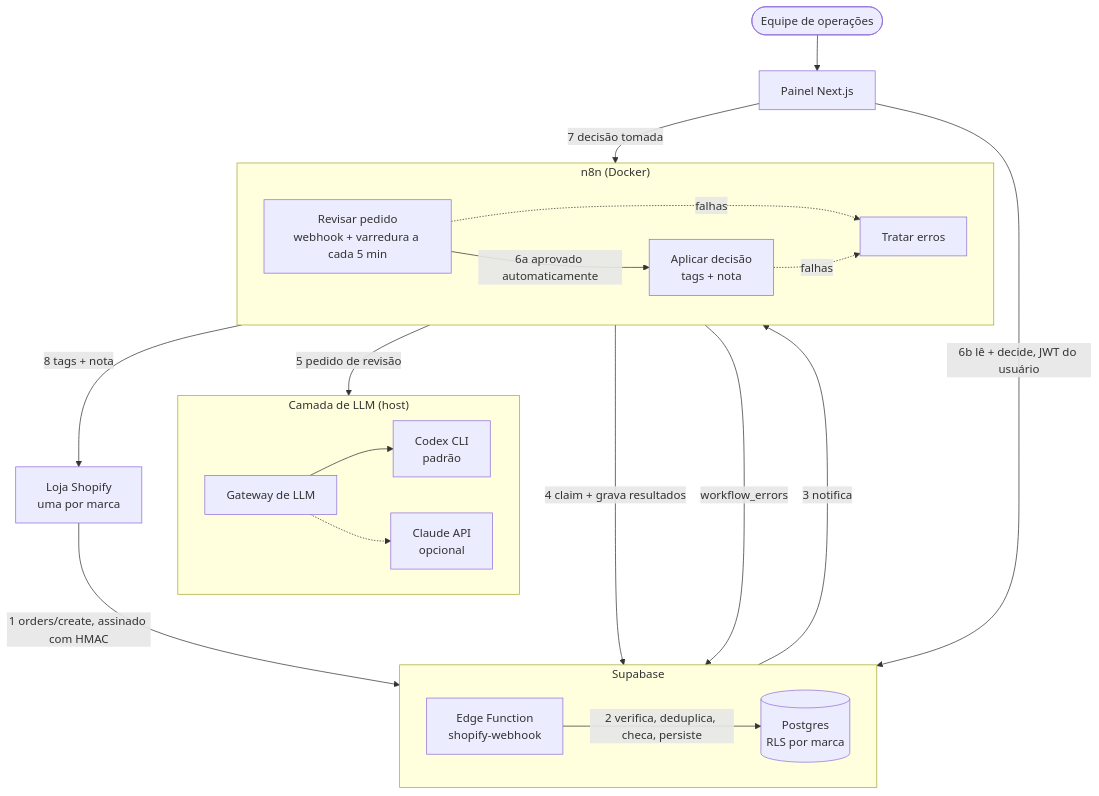
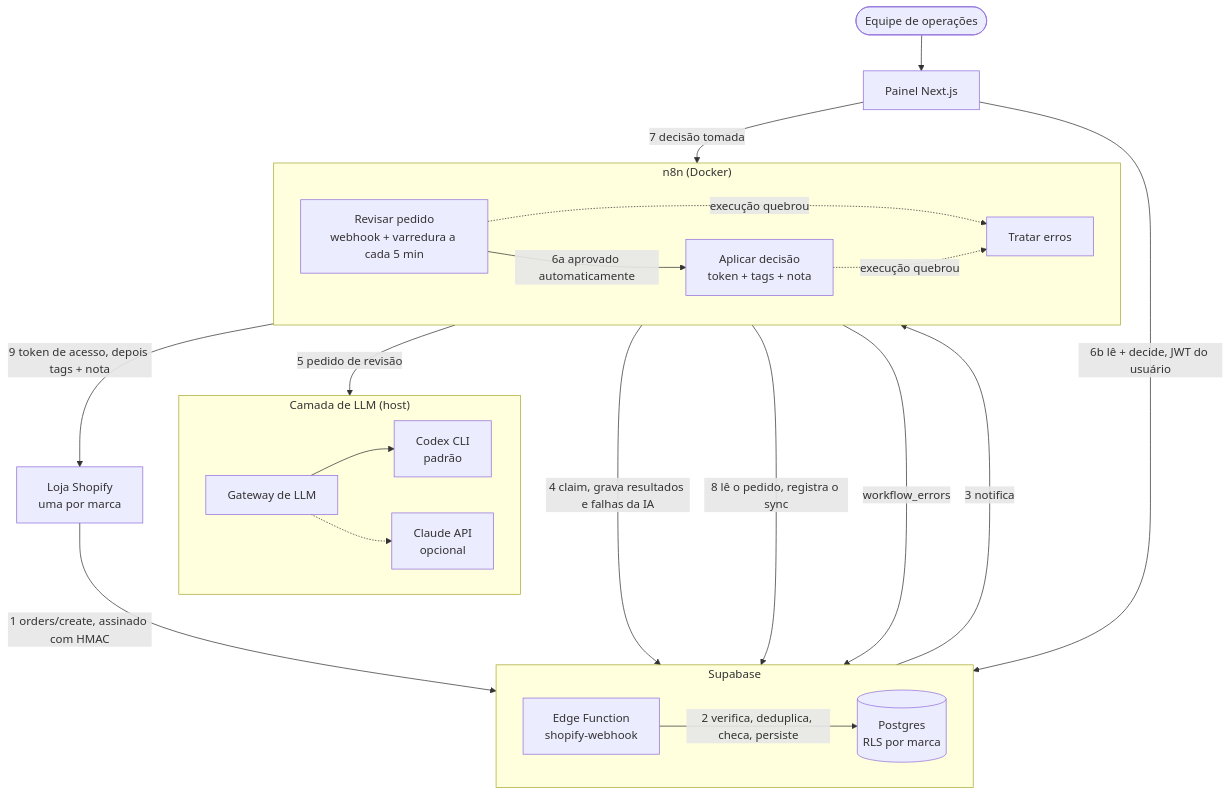
Before and after one commit to SamukDantas/order-ops-copilot: the first of 4 diagrams in README.pt-BR.md, drawn with Mermaid. The commit also changed other lines of this file and 2 other files, not shown here.

First line of the commit message:
docs: diagramas de arquitetura e sequência alinhados ao código

````diff
--- a/README.pt-BR.md
+++ b/README.pt-BR.md
@@ -40,43 +40,44 @@
 ```mermaid
 flowchart TB
     STORE["Loja Shopify<br/>uma por marca"]
     OPS(["Equipe de operações"])
 
     subgraph SB["Supabase"]
         direction LR
         EF["Edge Function<br/>shopify-webhook"]
         DB[("Postgres<br/>RLS por marca")]
     end
 
     subgraph N8N["n8n (Docker)"]
         direction LR
         WF1["Revisar pedido<br/>webhook + varredura a cada 5 min"]
-        WF2["Aplicar decisão<br/>tags + nota"]
+        WF2["Aplicar decisão<br/>token + tags + nota"]
         WF3["Tratar erros"]
     end
 
     subgraph HOST["Camada de LLM (host)"]
         direction LR
         GW["Gateway de LLM"]
         CODEX["Codex CLI<br/>padrão"]
         CLAUDE["Claude API<br/>opcional"]
     end
 
     UI["Painel Next.js"]
 
     STORE -- "1 orders/create, assinado com HMAC" --> EF
     EF -- "2 verifica, deduplica, checa, persiste" --> DB
     EF -- "3 notifica" --> WF1
-    WF1 -- "4 claim + grava resultados" --> DB
+    WF1 -- "4 claim, grava resultados e falhas da IA" --> DB
     WF1 -- "5 pedido de revisão" --> GW
     GW --> CODEX
     GW -.-> CLAUDE
     WF1 -- "6a aprovado automaticamente" --> WF2
     OPS --> UI
     UI -- "6b lê + decide, JWT do usuário" --> DB
     UI -- "7 decisão tomada" --> WF2
-    WF2 -- "8 tags + nota" --> STORE
-    WF1 -. "falhas" .-> WF3
-    WF2 -. "falhas" .-> WF3
+    WF2 -- "8 lê o pedido, registra o sync" --> DB
+    WF2 -- "9 token de acesso, depois tags + nota" --> STORE
+    WF1 -. "execução quebrou" .-> WF3
+    WF2 -. "execução quebrou" .-> WF3
     WF3 -- "workflow_errors" --> DB
 ```
````
